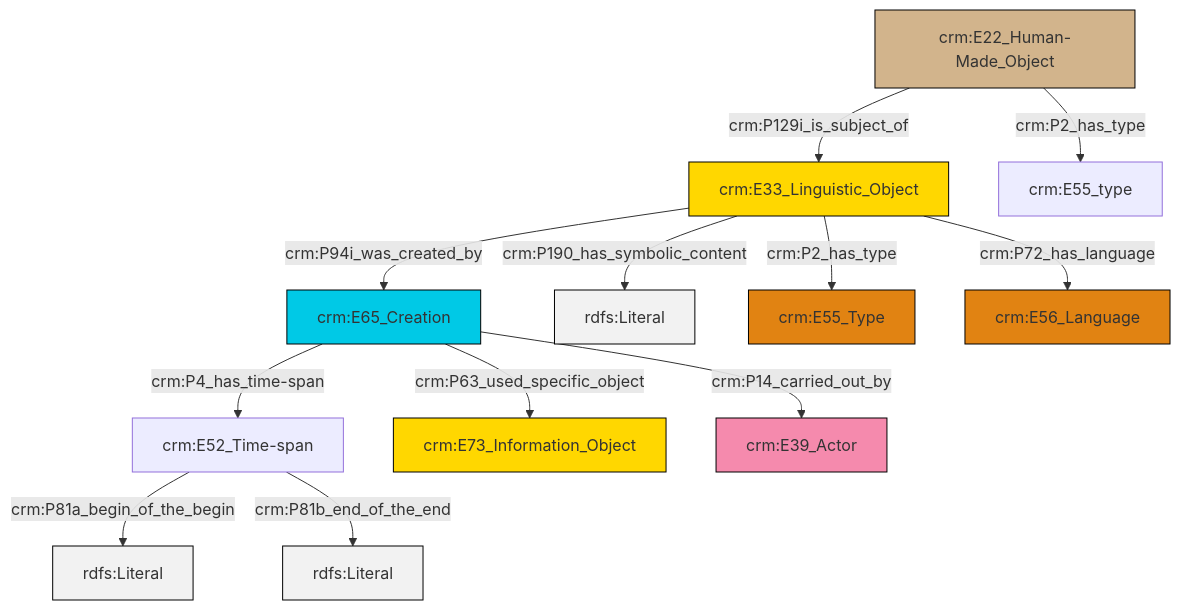
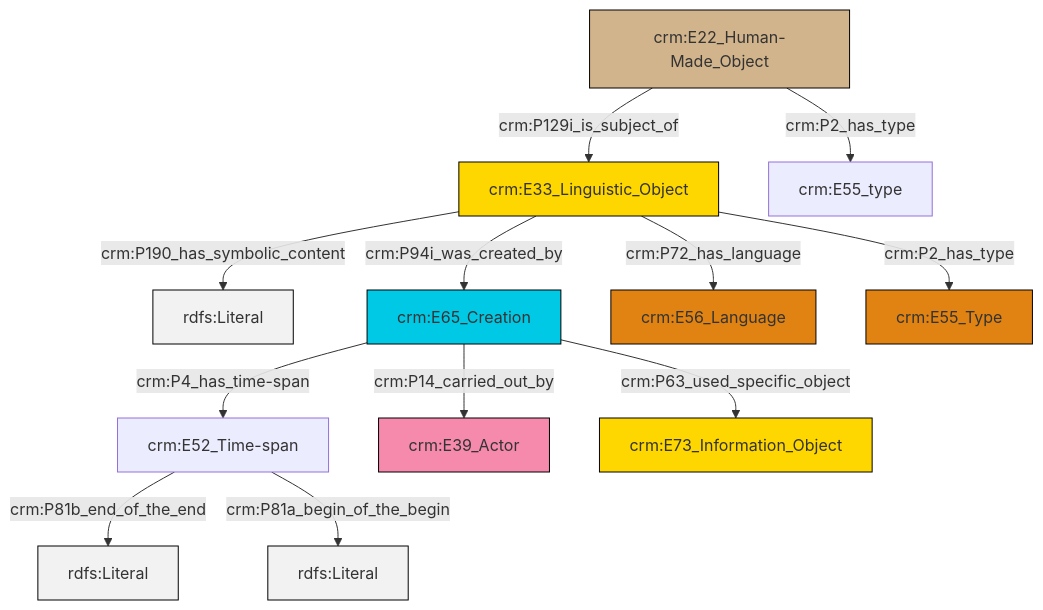
One commit to swiss-art-research-net/reference-data-models changed the diagram in et/builtWorkCSV/ttl/mmd/Built_Work_description.ttl.mmd. Above: the diagram before and after it, drawn with Mermaid. The commit also changed 122 other files, not shown here.

```diff
--- a/et/builtWorkCSV/ttl/mmd/Built_Work_description.ttl.mmd
+++ b/et/builtWorkCSV/ttl/mmd/Built_Work_description.ttl.mmd
@@ -1,26 +1,26 @@
 graph TD
 classDef Literal fill:#f2f2f2,stroke:#000000;
 classDef CRM_Entity fill:#FFFFFF,stroke:#000000;
 classDef Temporal_Entity fill:#00C9E6, stroke:#000000;
 classDef Type fill:#E18312, stroke:#000000;
 classDef Time-Span fill:#2C9C91, stroke:#000000;
 classDef Appellation fill:#FFEB7F, stroke:#000000;
 classDef Place fill:#008836, stroke:#000000;
 classDef Persistent_Item fill:#B266B2, stroke:#000000;
 classDef Conceptual_Object fill:#FFD700, stroke:#000000;
 classDef Physical_Thing fill:#D2B48C, stroke:#000000;
 classDef Actor fill:#f58aad, stroke:#000000;
 classDef PC_Classes fill:#4ce600, stroke:#000000;
 classDef Multi fill:#cccccc,stroke:#000000;
 
-0["crm:E33_Linguistic_Object"]:::Conceptual_Object -->|crm:P94i_was_created_by| 2["crm:E65_Creation"]:::Temporal_Entity
-2["crm:E65_Creation"]:::Temporal_Entity -->|crm:P63_used_specific_object| 5["crm:E73_Information_Object"]:::Conceptual_Object
-0["crm:E33_Linguistic_Object"]:::Conceptual_Object -->|crm:P190_has_symbolic_content| 7[rdfs:Literal]:::Literal
-2["crm:E65_Creation"]:::Temporal_Entity -->|crm:P4_has_time-span| 3["crm:E52_Time-span"]:::Default
-0["crm:E33_Linguistic_Object"]:::Conceptual_Object -->|crm:P2_has_type| 8["crm:E55_Type"]:::Type
-3["crm:E52_Time-span"]:::Default -->|crm:P81a_begin_of_the_begin| 16[rdfs:Literal]:::Literal
-3["crm:E52_Time-span"]:::Default -->|crm:P81b_end_of_the_end| 17[rdfs:Literal]:::Literal
-12["crm:E22_Human-Made_Object"]:::Physical_Thing -->|crm:P2_has_type| 18["crm:E55_type"]:::Default
-2["crm:E65_Creation"]:::Temporal_Entity -->|crm:P14_carried_out_by| 14["crm:E39_Actor"]:::Actor
-0["crm:E33_Linguistic_Object"]:::Conceptual_Object -->|crm:P72_has_language| 10["crm:E56_Language"]:::Type
-12["crm:E22_Human-Made_Object"]:::Physical_Thing -->|crm:P129i_is_subject_of| 0["crm:E33_Linguistic_Object"]:::Conceptual_Object
+0["crm:E33_Linguistic_Object"]:::Conceptual_Object -->|crm:P190_has_symbolic_content| 1[rdfs:Literal]:::Literal
+7["crm:E65_Creation"]:::Temporal_Entity -->|crm:P14_carried_out_by| 8["crm:E39_Actor"]:::Actor
+11["crm:E22_Human-Made_Object"]:::Physical_Thing -->|crm:P129i_is_subject_of| 0["crm:E33_Linguistic_Object"]:::Conceptual_Object
+5["crm:E52_Time-span"]:::Default -->|crm:P81b_end_of_the_end| 13[rdfs:Literal]:::Literal
+5["crm:E52_Time-span"]:::Default -->|crm:P81a_begin_of_the_begin| 14[rdfs:Literal]:::Literal
+7["crm:E65_Creation"]:::Temporal_Entity -->|crm:P4_has_time-span| 5["crm:E52_Time-span"]:::Default
+0["crm:E33_Linguistic_Object"]:::Conceptual_Object -->|crm:P94i_was_created_by| 7["crm:E65_Creation"]:::Temporal_Entity
+0["crm:E33_Linguistic_Object"]:::Conceptual_Object -->|crm:P72_has_language| 9["crm:E56_Language"]:::Type
+7["crm:E65_Creation"]:::Temporal_Entity -->|crm:P63_used_specific_object| 15["crm:E73_Information_Object"]:::Conceptual_Object
+0["crm:E33_Linguistic_Object"]:::Conceptual_Object -->|crm:P2_has_type| 18["crm:E55_Type"]:::Type
+11["crm:E22_Human-Made_Object"]:::Physical_Thing -->|crm:P2_has_type| 2["crm:E55_type"]:::Default
```
